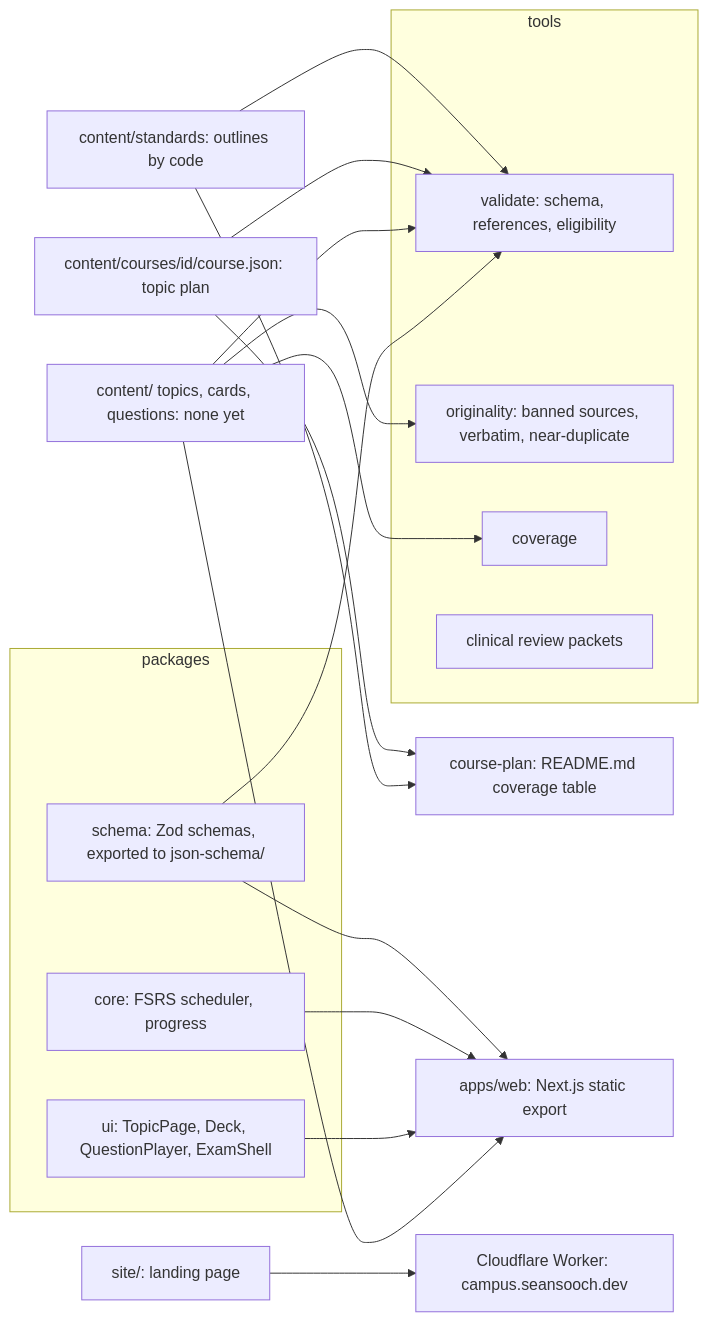
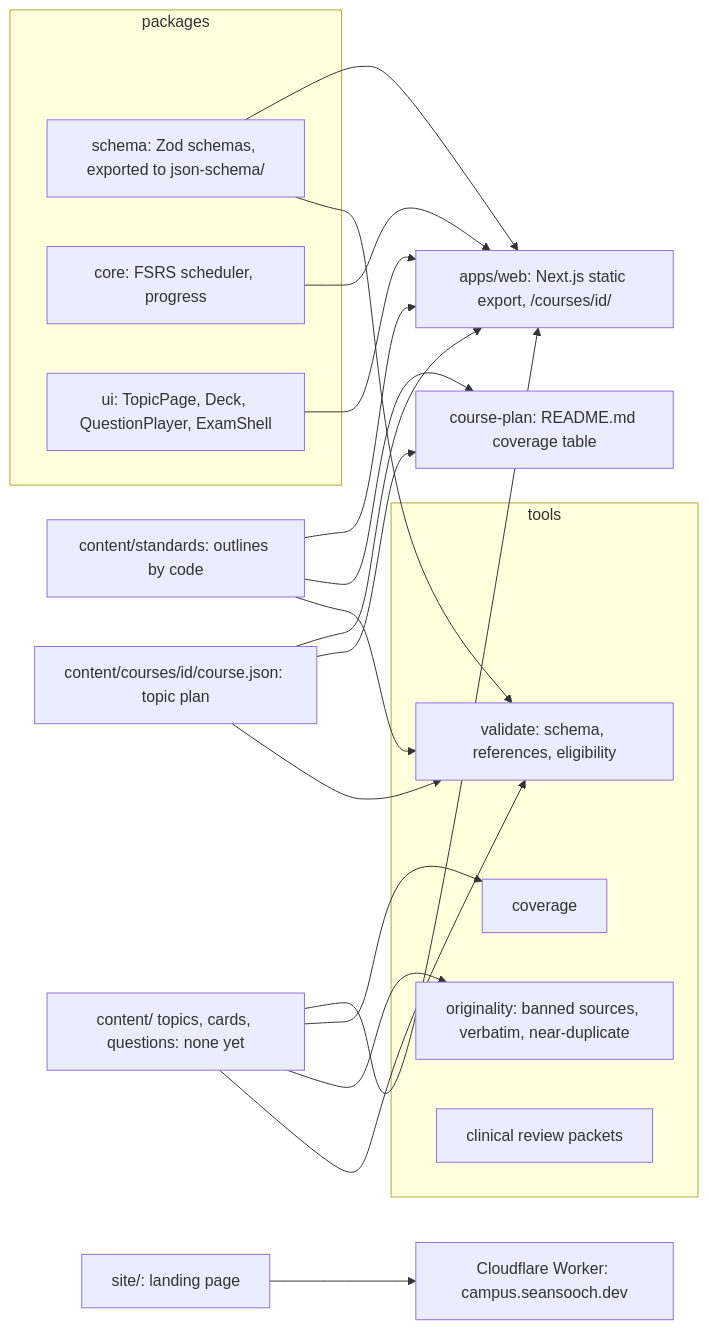
The first of 2 diagrams in ARCHITECTURE.md (seansooch-byte/open-campus), drawn with Mermaid before and after one commit. The commit also changed other lines of this file and 13 other files, not shown here.

````diff
--- a/ARCHITECTURE.md
+++ b/ARCHITECTURE.md
@@ -11,27 +11,29 @@
 ```mermaid
 flowchart LR
   subgraph packages
     SC[schema: Zod schemas, exported to json-schema/]
     CO[core: FSRS scheduler, progress]
     UI[ui: TopicPage, Deck, QuestionPlayer, ExamShell]
   end
   subgraph tools
     VA[validate: schema, references, eligibility]
     OR[originality: banned sources, verbatim, near-duplicate]
     CV[coverage]
     CL[clinical review packets]
   end
   STD[content/standards: outlines by code] --> VA
   COURSE[content/courses/id/course.json: topic plan] --> VA
   COURSE --> PLAN[course-plan: README.md coverage table]
   STD --> PLAN
   CONTENT[content/ topics, cards, questions: none yet] --> VA
   CONTENT --> OR
   CONTENT --> CV
   SC --> VA
-  SC --> WEB[apps/web: Next.js static export]
+  SC --> WEB[apps/web: Next.js static export, /courses/id/]
+  COURSE --> WEB
+  STD --> WEB
   CO --> WEB
   UI --> WEB
   CONTENT --> WEB
   SITE[site/: landing page] --> WORKER[Cloudflare Worker: campus.seansooch.dev]
 ```
````
